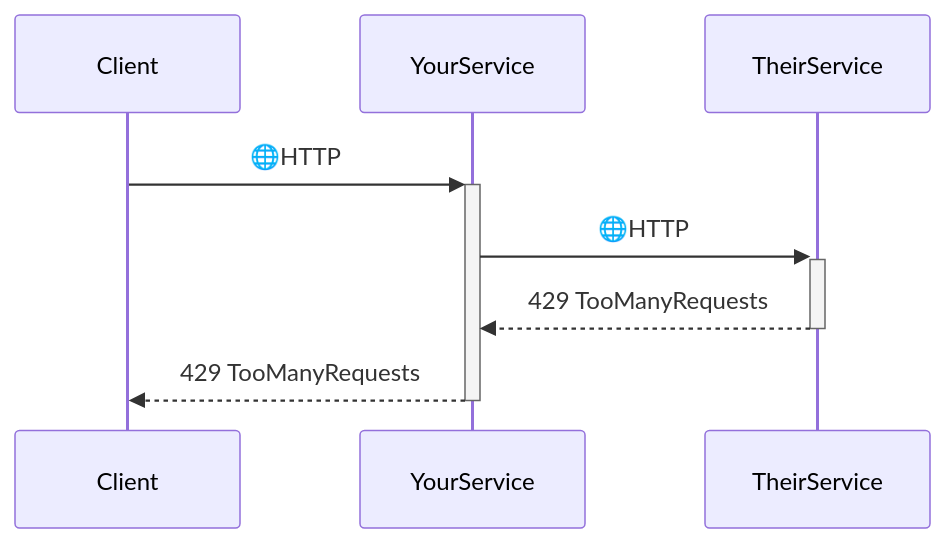
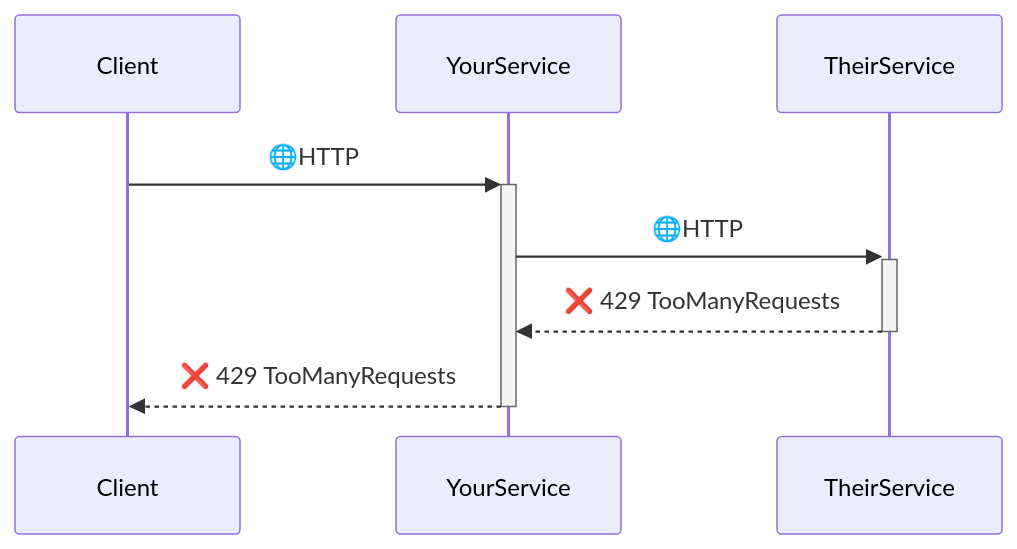
The third of 5 diagrams in README.md (ThrottlingTroll/ThrottlingTroll), drawn with Mermaid before and after one commit. The commit also changed other lines of this file, not shown here.

````diff
--- a/README.md
+++ b/README.md
@@ -50,7 +50,7 @@
    ```mermaid
       sequenceDiagram
           Client->>+YourService: #127760;HTTP
           YourService->>+TheirService: #127760;HTTP
-          TheirService-->>-YourService: 429 TooManyRequests
-          YourService-->>-Client: 429 TooManyRequests
+          TheirService-->>-YourService:❌ 429 TooManyRequests
+          YourService-->>-Client:❌ 429 TooManyRequests
    ```
````
